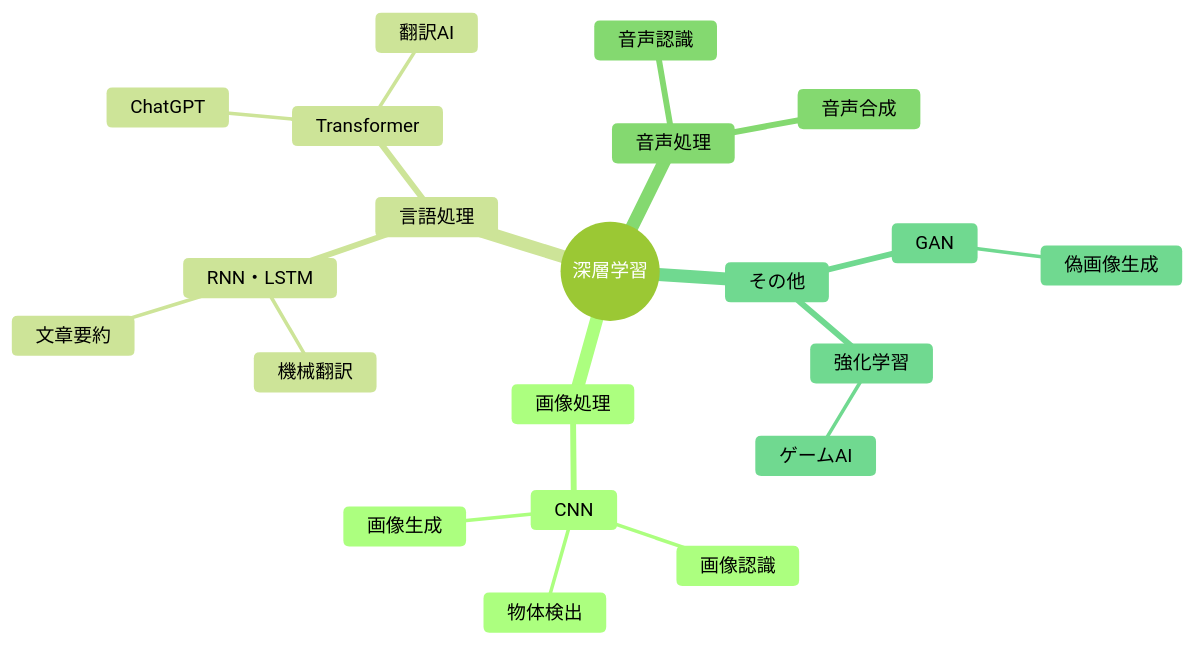
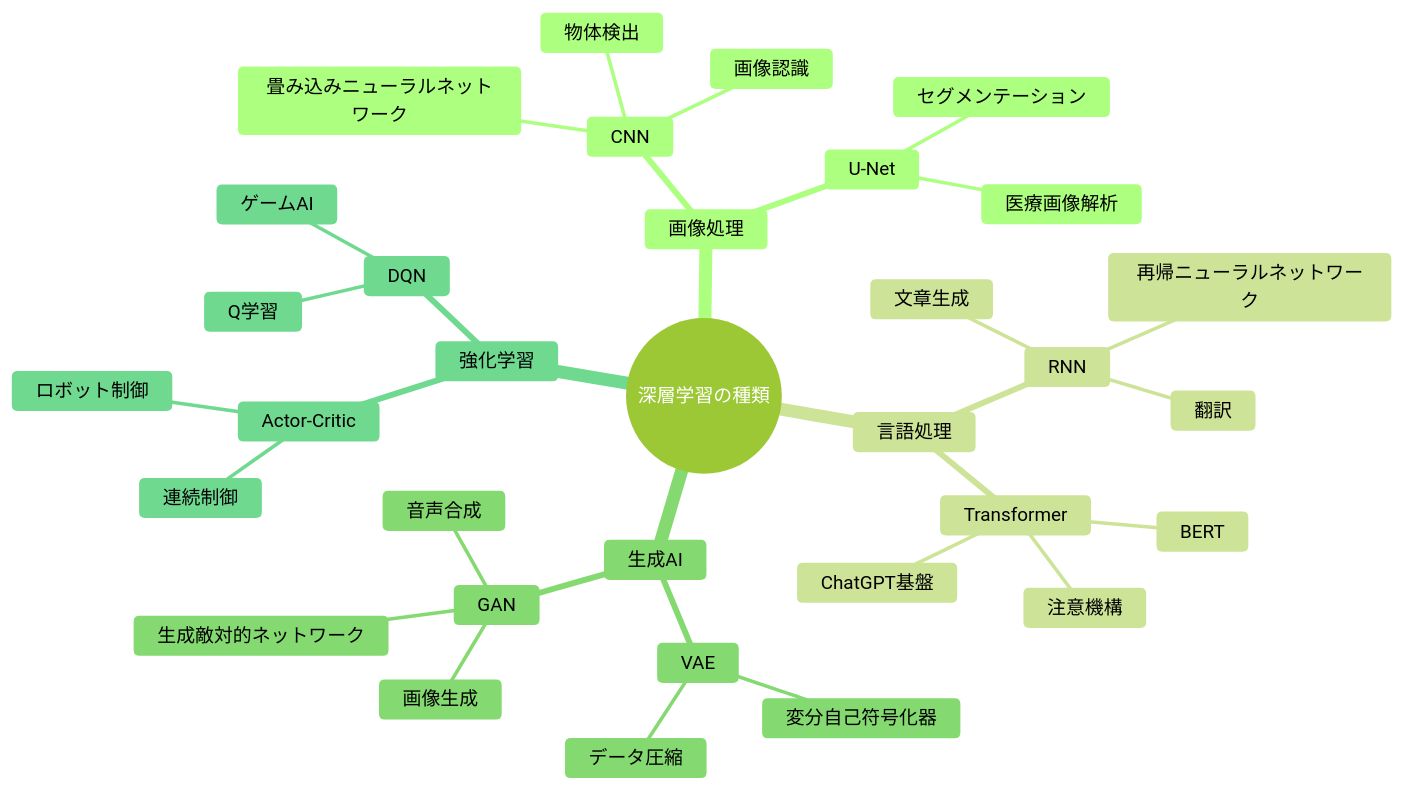
The tenth of 28 diagrams in AI/DeepLearning/README.MD (SparklingDetergent/doc_genai_mental_model), drawn with Mermaid (forest theme) before and after one commit. The commit also changed other lines of this file, not shown here.

````diff
--- a/AI/DeepLearning/README.MD
+++ b/AI/DeepLearning/README.MD
@@ -174,24 +347,36 @@
 ```mermaid
 mindmap
-  root((深層学習))
+  root((深層学習の種類))
     画像処理
       CNN
+        畳み込みニューラルネットワーク
         画像認識
         物体検出
+      U-Net
+        セグメンテーション
+        医療画像解析
+    言語処理
+      RNN
+        再帰ニューラルネットワーク
+        文章生成
+        翻訳
+      Transformer
+        注意機構
+        ChatGPT基盤
+        BERT
+    生成AI
+      GAN
+        生成敵対的ネットワーク
         画像生成
-    言語処理
-      RNN・LSTM
-        機械翻訳
-        文章要約
-      Transformer
-        ChatGPT
-        翻訳AI
-    音声処理
-      音声認識
-      音声合成
-    その他
-      GAN
-        偽画像生成
-      強化学習
+        音声合成
+      VAE
+        変分自己符号化器
+        データ圧縮
+    強化学習
+      DQN
+        Q学習
         ゲームAI
+      Actor-Critic
+        連続制御
+        ロボット制御
 ```
````
